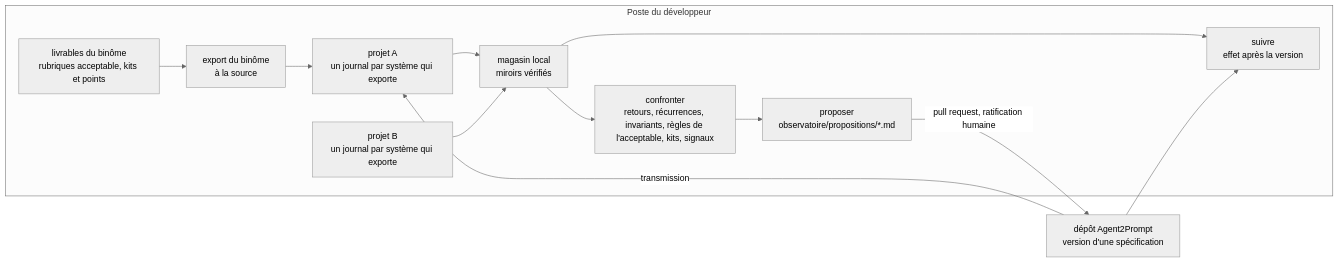
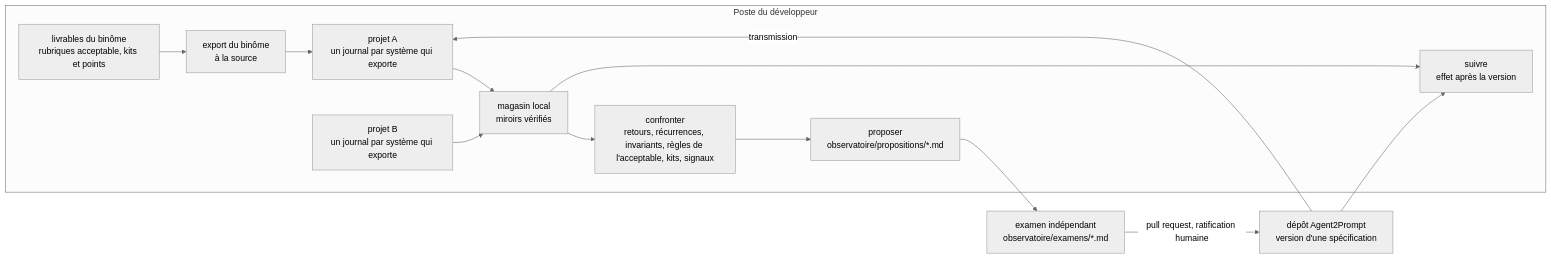
Before and after one commit to FredGarcia/Agent2Prompt: the diagram in specs/observatoire/SKILL.md, drawn with Mermaid (neutral theme). The commit also changed other lines of this file and 92 other files, not shown here.

````diff
--- a/specs/observatoire/SKILL.md
+++ b/specs/observatoire/SKILL.md
@@ -24,15 +24,16 @@
 ```mermaid
 flowchart LR
   subgraph POSTE["Poste du développeur"]
     L["livrables du binôme<br/>rubriques acceptable, kits et points"] --> X["export du binôme<br/>à la source"]
     X --> A
     A["projet A<br/>un journal par système qui exporte"] --> M["magasin local<br/>miroirs vérifiés"]
     B["projet B<br/>un journal par système qui exporte"] --> M
     M --> C["confronter<br/>retours, récurrences, invariants, règles de l'acceptable, kits, signaux"]
     C --> P["proposer<br/>observatoire/propositions/*.md"]
     M --> S["suivre<br/>effet après la version"]
   end
-  P -->|"pull request, ratification humaine"| D["dépôt Agent2Prompt<br/>version d'une spécification"]
+  P --> E["examen indépendant<br/>observatoire/examens/*.md"]
+  E -->|"pull request, ratification humaine"| D["dépôt Agent2Prompt<br/>version d'une spécification"]
   D -->|"transmission"| A
   D --> S
 ```
````
